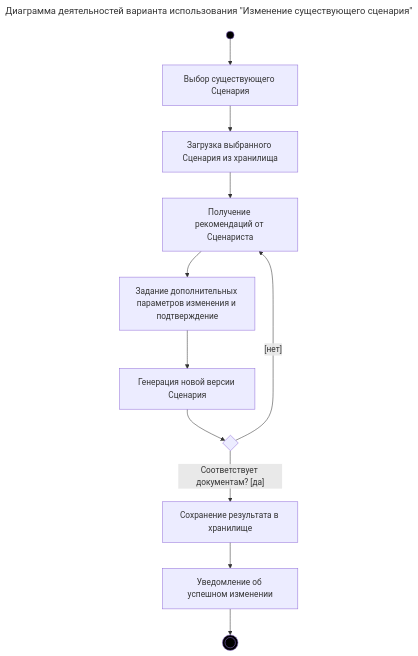
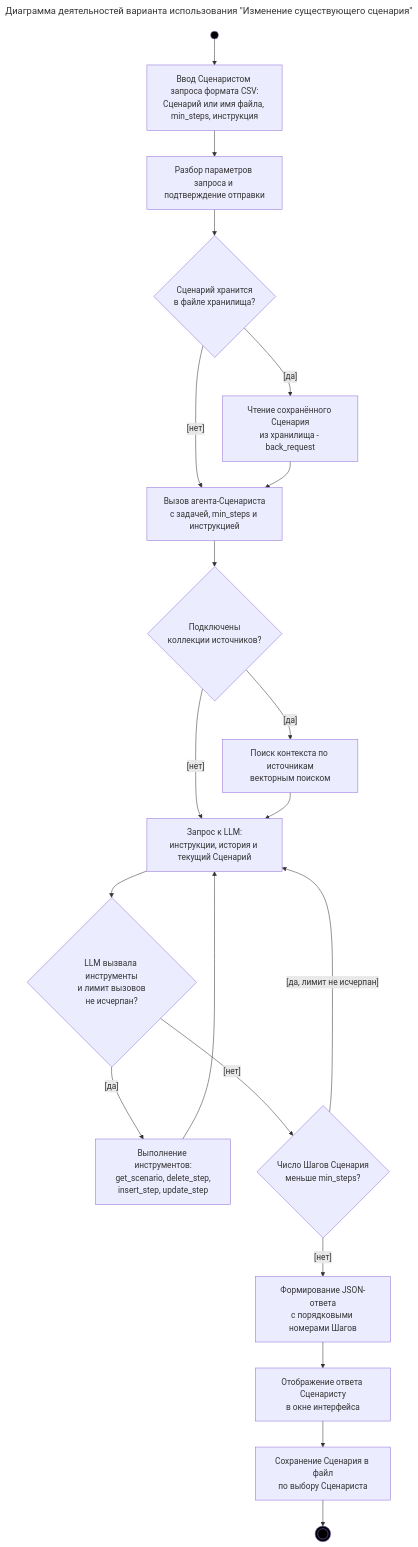
Before and after one commit to CHSU-scenarAIst/diagrammy: the diagram in 5. Диаграмма деятельностей варианта использования.md, drawn with Mermaid. The commit also changed other lines of this file and 2 other files, not shown here.

Commit message:
Правка инструкций

````diff
--- a/5. Диаграмма деятельностей варианта использования.md
+++ b/5. Диаграмма деятельностей варианта использования.md
@@ -7,38 +9,49 @@
 ```mermaid
 ---
 title: Диаграмма деятельностей варианта использования "Изменение существующего сценария"
 ---
 graph TD
     %% Элементы диаграммы
     StartNode(( ))
 
-    A[Выбор существующего Сценария]
-    Edit1[Загрузка выбранного Сценария из хранилища]
-    Edit2[Получение рекомендаций от Сценариста]
-    Edit3[Задание дополнительных параметров изменения и подтверждение]
-    Edit4[Генерация новой версии Сценария]
-
-    CondSave{ }
-    Save[Сохранение результата в хранилище]
-    Notify[Уведомление об успешном изменении]
+    A[Ввод Сценаристом запроса формата CSV:<br>Сценарий или имя файла, min_steps, инструкция]
+    B[Разбор параметров запроса и подтверждение отправки]
+    C{Сценарий хранится<br>в файле хранилища?}
+    D[Чтение сохранённого Сценария<br>из хранилища - back_request]
+    E[Вызов агента-Сценариста<br>с задачей, min_steps и инструкцией]
+    F{Подключены<br>коллекции источников?}
+    G[Поиск контекста по источникам<br>векторным поиском]
+    H[Запрос к LLM:<br>инструкции, история и текущий Сценарий]
+    I{LLM вызвала инструменты<br>и лимит вызовов<br>не исчерпан?}
+    J[Выполнение инструментов:<br>get_scenario, delete_step,<br>insert_step, update_step]
+    K{Число Шагов Сценария<br>меньше min_steps?}
+    L[Формирование JSON-ответа<br>с порядковыми номерами Шагов]
+    M[Отображение ответа Сценаристу<br>в окне интерфейса]
+    Save[Сохранение Сценария в файл<br>по выбору Сценариста]
     EndNode((( )))
 
     %% Связи и ветвления
     StartNode --> A
-    A --> Edit1
-    Edit1 --> Edit2
-    Edit2 --> Edit3
-    Edit3 --> Edit4
-    Edit4 --> CondSave
-
-    %% Логика сохранения (Условие extend)
-    CondSave -- "Соответствует документам? [да]" --> Save
-    CondSave -- "[нет]" --> Edit2
-
-    Save --> Notify
-    Notify --> EndNode
+    A --> B
+    B --> C
+    C -- "[да]" --> D
+    C -- "[нет]" --> E
+    D --> E
+    E --> F
+    F -- "[да]" --> G
+    F -- "[нет]" --> H
+    G --> H
+    H --> I
+    I -- "[да]" --> J
+    J --> H
+    I -- "[нет]" --> K
+    K -- "[да, лимит не исчерпан]" --> H
+    K -- "[нет]" --> L
+    L --> M
+    M --> Save
+    Save --> EndNode
 
     %% Стили для начальной и конечной точек
     style StartNode fill:#000
     style EndNode fill:#000
 ```
````
